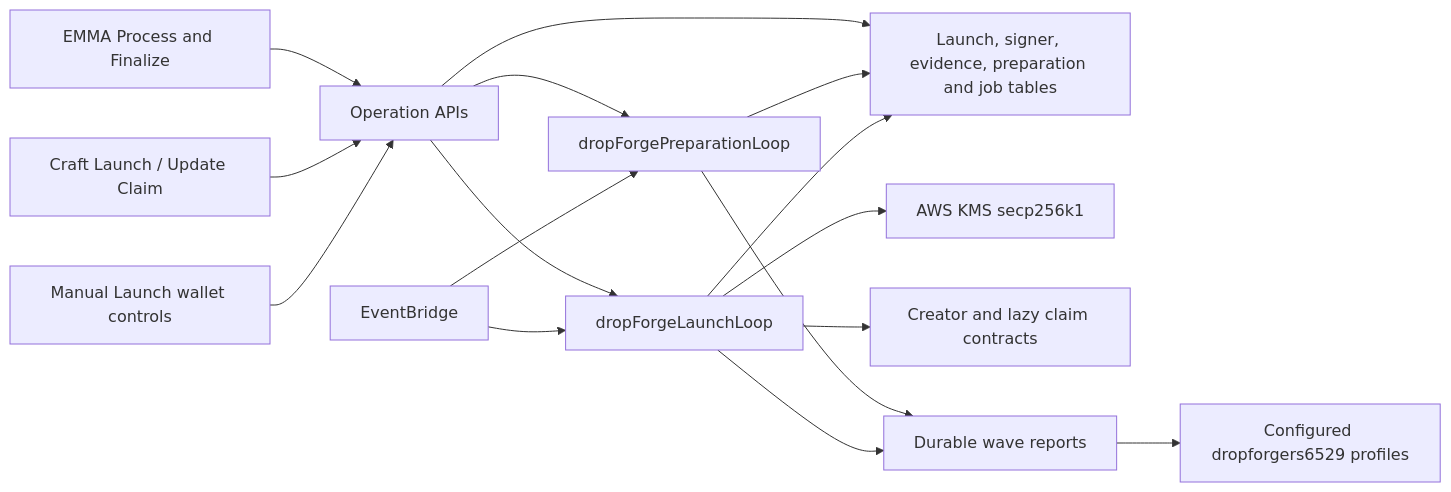
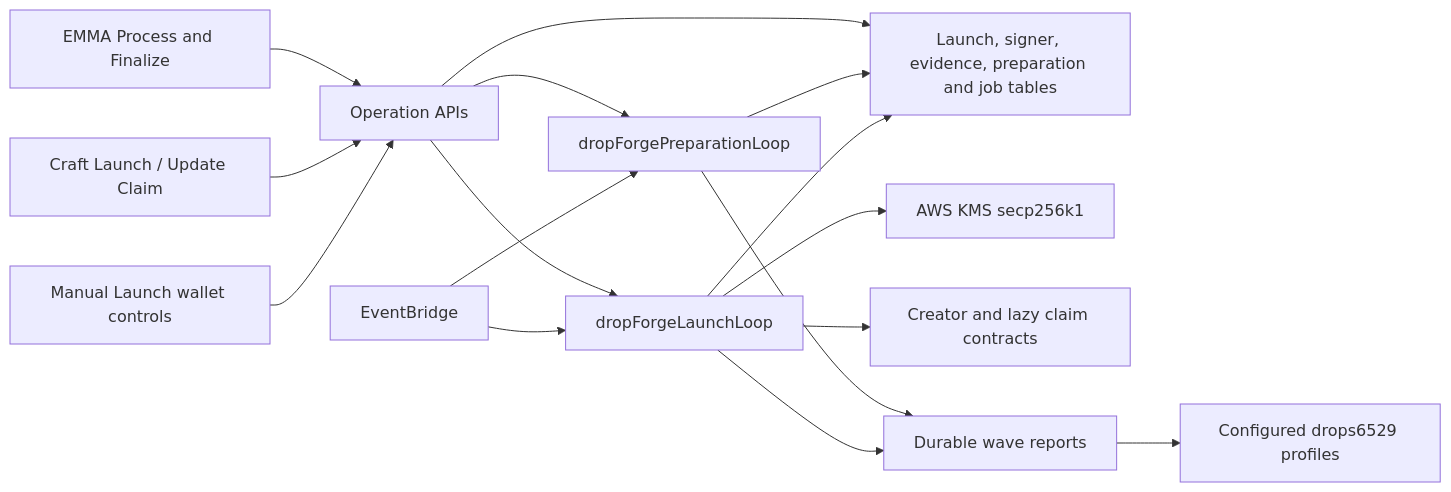
One commit to 6529-Collections/6529seize-backend changed the fourth of 4 diagrams in docs/architecture.md. Above: the diagram before and after it, drawn with Mermaid. The commit also changed other lines of this file and 21 other files, not shown here.

````diff
--- a/docs/architecture.md
+++ b/docs/architecture.md
@@ -1874,18 +1882,18 @@
 ```mermaid
 flowchart LR
   EMMA[EMMA Process and Finalize] --> API[Operation APIs]
   Craft[Craft Launch / Update Claim] --> API
   Manual[Manual Launch wallet controls] --> API
   API --> DB[Launch, signer, evidence, preparation and job tables]
   API --> Prep[dropForgePreparationLoop]
   API --> Worker[dropForgeLaunchLoop]
   EventBridge --> Prep
   EventBridge --> Worker
   Prep --> DB
   Worker --> DB
   Worker --> KMS[AWS KMS secp256k1]
   Worker --> Chain[Creator and lazy claim contracts]
   Prep --> Wave[Durable wave reports]
   Worker --> Wave
-  Wave --> Alerts[Configured dropforgers6529 profiles]
+  Wave --> Alerts[Configured drops6529 profiles]
 ```
````
